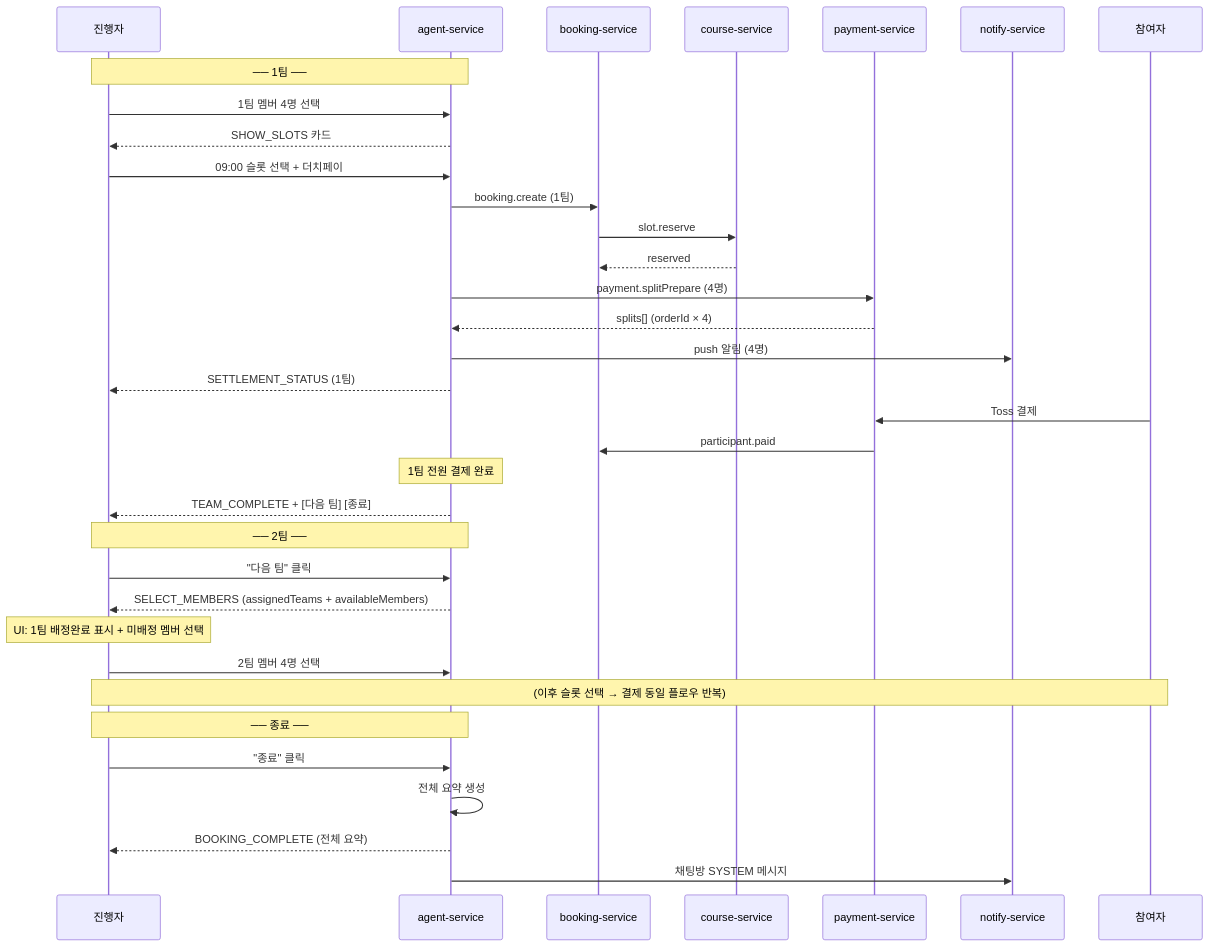
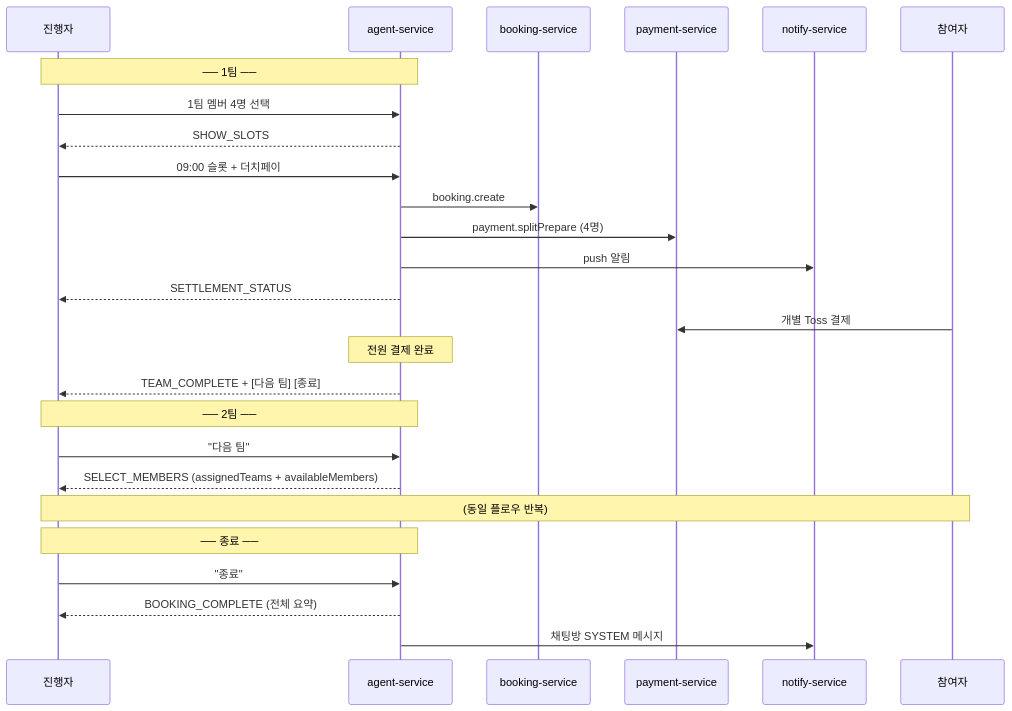
Before and after one commit to uniyous/parkgolf-platform: the fourth of 4 diagrams in docs/workflow/AGENT.md, drawn with Mermaid. The commit also changed other lines of this file, not shown here.

First line of the commit message:
docs(agent): AGENT.md 전체 현행화 및 심플화 (1352→565줄)

````diff
--- a/docs/workflow/AGENT.md
+++ b/docs/workflow/AGENT.md
@@ -1071,41 +517,32 @@
 ```mermaid
 sequenceDiagram
     participant App as 진행자
     participant Agent as agent-service
     participant Book as booking-service
-    participant Course as course-service
     participant Pay as payment-service
     participant Notify as notify-service
     participant P as 참여자
 
     Note over App,Agent: ── 1팀 ──
     App->>Agent: 1팀 멤버 4명 선택
-    Agent-->>App: SHOW_SLOTS 카드
-    App->>Agent: 09:00 슬롯 선택 + 더치페이
-    Agent->>Book: booking.create (1팀)
-    Book->>Course: slot.reserve
-    Course-->>Book: reserved
+    Agent-->>App: SHOW_SLOTS
+    App->>Agent: 09:00 슬롯 + 더치페이
+    Agent->>Book: booking.create
     Agent->>Pay: payment.splitPrepare (4명)
-    Pay-->>Agent: splits[] (orderId × 4)
-    Agent->>Notify: push 알림 (4명)
-    Agent-->>App: SETTLEMENT_STATUS (1팀)
+    Agent->>Notify: push 알림
+    Agent-->>App: SETTLEMENT_STATUS
 
-    P->>Pay: Toss 결제
-    Pay->>Book: participant.paid
-
-    Note over Agent: 1팀 전원 결제 완료
+    P->>Pay: 개별 Toss 결제
+    Note over Agent: 전원 결제 완료
     Agent-->>App: TEAM_COMPLETE + [다음 팀] [종료]
 
     Note over App,Agent: ── 2팀 ──
-    App->>Agent: "다음 팀" 클릭
+    App->>Agent: "다음 팀"
     Agent-->>App: SELECT_MEMBERS (assignedTeams + availableMembers)
-    Note over App: UI: 1팀 배정완료 표시 + 미배정 멤버 선택
-    App->>Agent: 2팀 멤버 4명 선택
-    Note over App,P: (이후 슬롯 선택 → 결제 동일 플로우 반복)
+    Note over App,P: (동일 플로우 반복)
 
     Note over App,Agent: ── 종료 ──
-    App->>Agent: "종료" 클릭
-    Agent->>Agent: 전체 요약 생성
+    App->>Agent: "종료"
     Agent-->>App: BOOKING_COMPLETE (전체 요약)
     Agent->>Notify: 채팅방 SYSTEM 메시지
 ```
````
